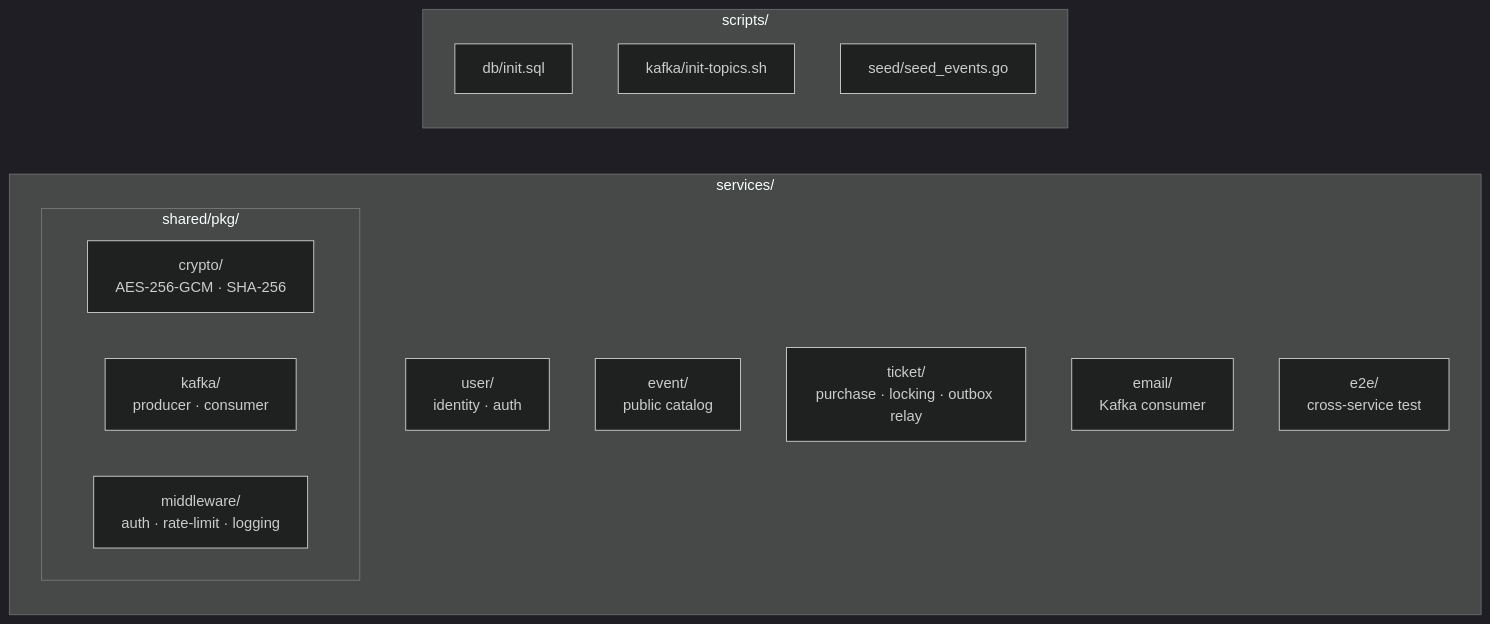
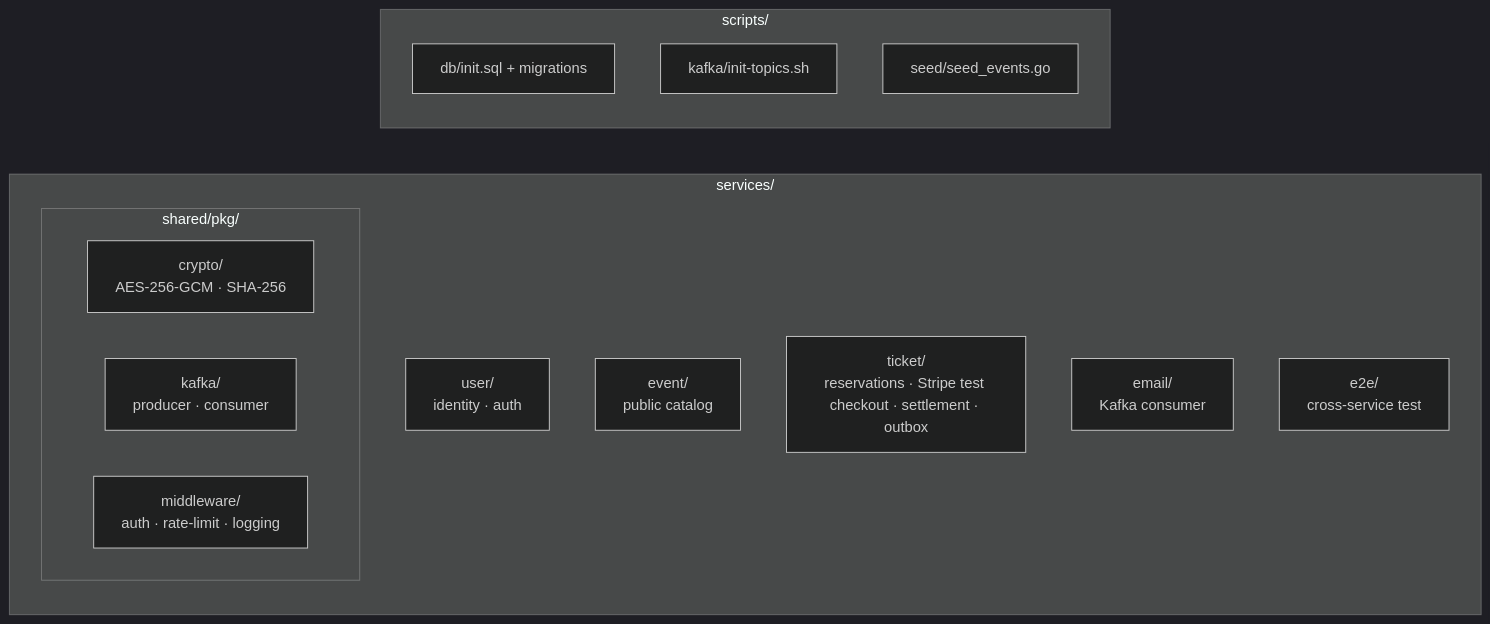
Before and after one commit to RyanOngWK/Event-Ticket-Booking-Platform: the diagram in wiki/sources/code-structure.md, drawn with Mermaid (dark theme). The commit also changed other lines of this file and 42 other files, not shown here.

````diff
--- a/wiki/sources/code-structure.md
+++ b/wiki/sources/code-structure.md
@@ -17,22 +17,22 @@
 ```mermaid
 flowchart LR
     subgraph services["services/"]
         direction TB
         subgraph shared["shared/pkg/"]
             sh_crypto["crypto/<br/>AES-256-GCM · SHA-256"]
             sh_kafka["kafka/<br/>producer · consumer"]
             sh_mw["middleware/<br/>auth · rate-limit · logging"]
         end
         svc_user["user/<br/>identity · auth"]
         svc_event["event/<br/>public catalog"]
-        svc_ticket["ticket/<br/>purchase · locking · outbox relay"]
+        svc_ticket["ticket/<br/>reservations · Stripe test checkout · settlement · outbox"]
         svc_email["email/<br/>Kafka consumer"]
         svc_e2e["e2e/<br/>cross-service test"]
     end
     subgraph scripts["scripts/"]
         direction TB
-        sc_db["db/init.sql"]
+        sc_db["db/init.sql + migrations"]
         sc_kafka["kafka/init-topics.sh"]
         sc_seed["seed/seed_events.go"]
     end
 ```
````
